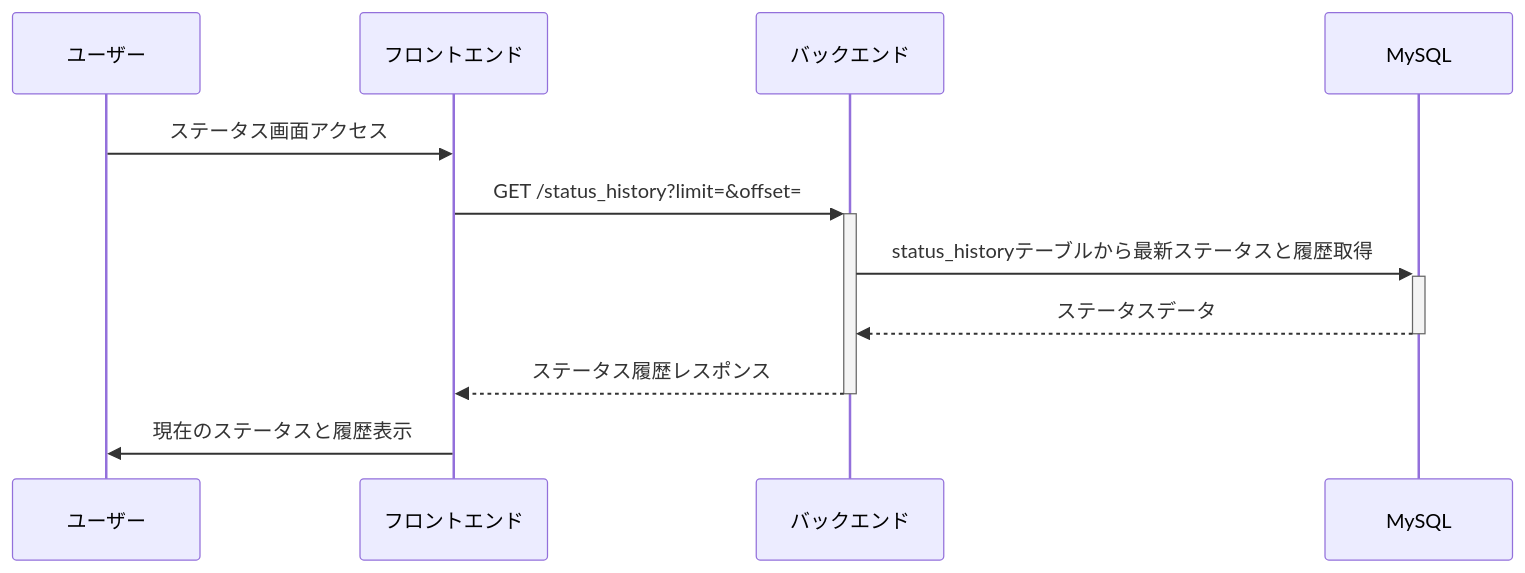
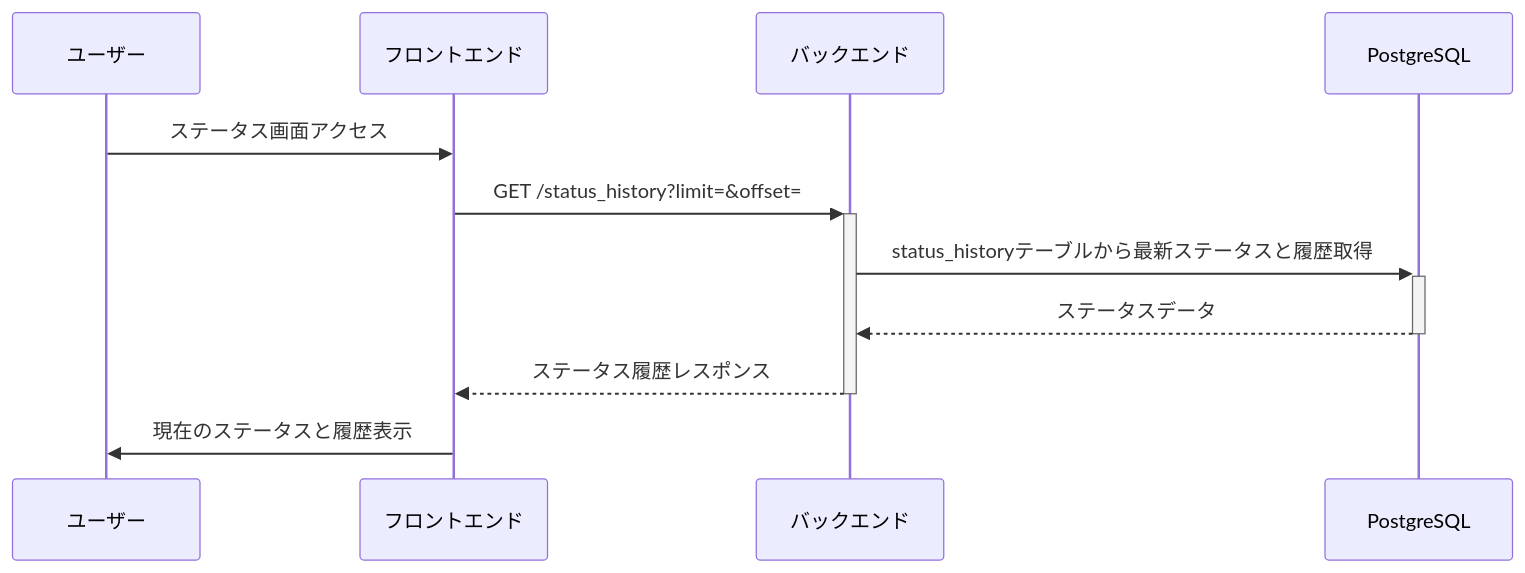
The third of 5 diagrams in README.md (playpark-llc/kazoeru-kun), drawn with Mermaid before and after one commit. The commit also changed other lines of this file and 1 other file, not shown here.

First line of the commit message:
docs: Update README.md and CLAUDE.md for PostgreSQL migration

````diff
--- a/README.md
+++ b/README.md
@@ -137,14 +140,14 @@
 ```mermaid
 sequenceDiagram
     participant User as ユーザー
     participant Frontend as フロントエンド
     participant Backend as バックエンド
-    participant MySQL as MySQL
+    participant PostgreSQL as PostgreSQL
 
     User->>Frontend: ステータス画面アクセス
     Frontend->>+Backend: GET /status_history?limit=&offset=
-    Backend->>+MySQL: status_historyテーブルから最新ステータスと履歴取得
-    MySQL-->>-Backend: ステータスデータ
+    Backend->>+PostgreSQL: status_historyテーブルから最新ステータスと履歴取得
+    PostgreSQL-->>-Backend: ステータスデータ
     Backend-->>-Frontend: ステータス履歴レスポンス
     Frontend->>User: 現在のステータスと履歴表示
 ```
````
